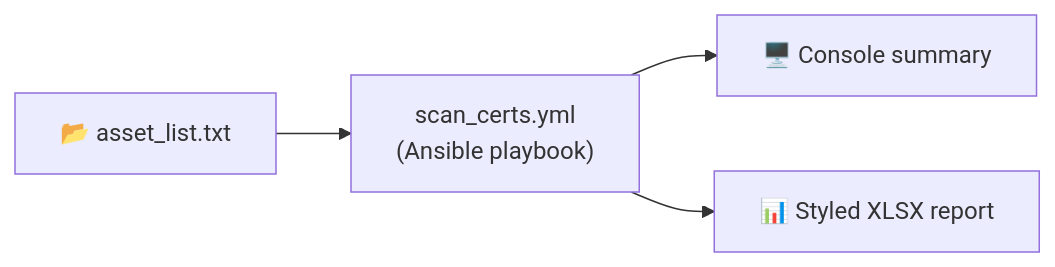
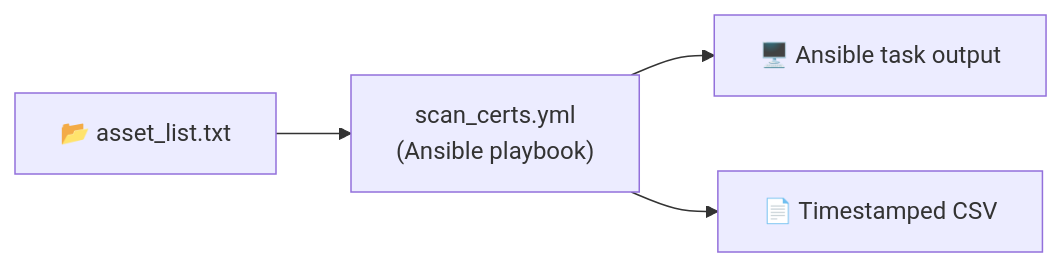
Before and after one commit to amrmarey/cert-scan: the diagram in README.md, drawn with Mermaid. The commit also changed other lines of this file and 5 other files, not shown here.

````diff
--- a/README.md
+++ b/README.md
@@ -39,6 +39,6 @@
 ```mermaid
 flowchart LR
     A["📂 asset_list.txt"] --> B["scan_certs.yml\n(Ansible playbook)"]
-    B --> C["🖥️ Console summary"]
-    B --> D["📊 Styled XLSX report"]
+    B --> C["🖥️ Ansible task output"]
+    B --> D["📄 Timestamped CSV"]
 ```
````
